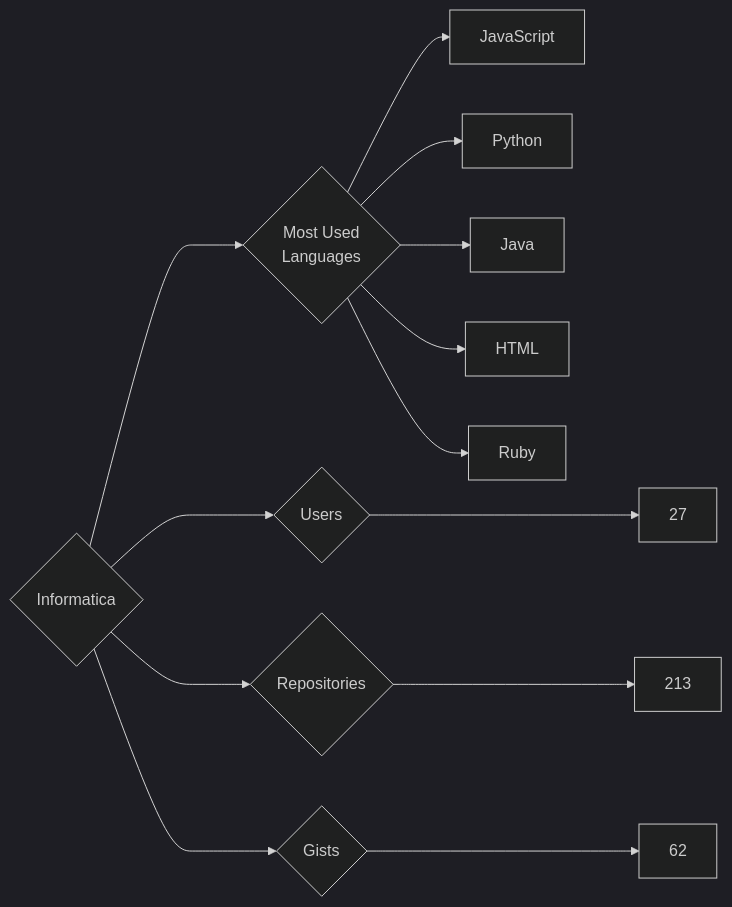
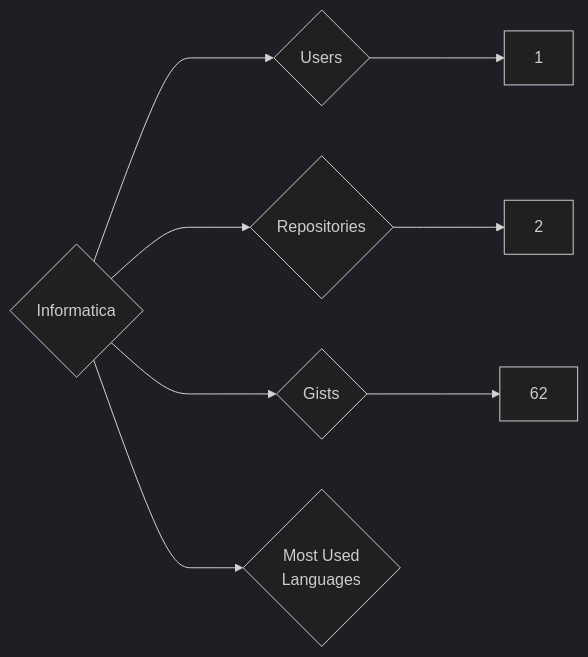
Before and after one commit to trickest/insiders: the diagram in targets/Informatica/README.md, drawn with Mermaid (dark theme). The commit also changed 891 other files, not shown here.

````diff
--- a/targets/Informatica/README.md
+++ b/targets/Informatica/README.md
@@ -3,13 +3,8 @@
 ```mermaid
 graph LR
 COMPANY_NAME{Informatica}
-COMPANY_NAME ---> U{Users} ---> UN[27]
-COMPANY_NAME ---> R{Repositories} ---> RN[213]
+COMPANY_NAME ---> U{Users} ---> UN[1]
+COMPANY_NAME ---> R{Repositories} ---> RN[2]
 COMPANY_NAME ---> G{Gists} ---> GN[62]
 COMPANY_NAME ---> ML{Most Used<br>Languages}
-ML --> JavaScript[JavaScript]
-ML --> Python[Python]
-ML --> Java[Java]
-ML --> HTML[HTML]
-ML --> Ruby[Ruby]
 ```
````
